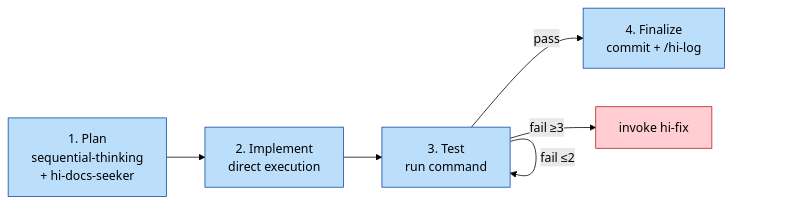
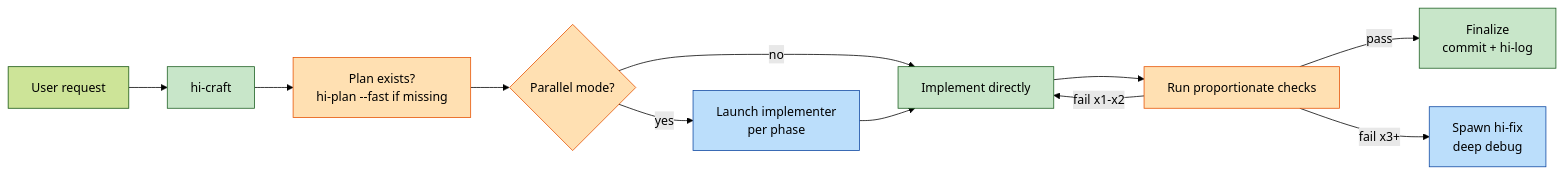
One commit to baka3k/dev-kit changed the first of 10 diagrams in devkit.md. Above: the diagram before and after it, drawn with Mermaid (forest theme). The commit also changed other lines of this file and 87 other files, not shown here.

````diff
--- a/devkit.md
+++ b/devkit.md
@@ -42,14 +87,20 @@
 ```mermaid
 graph LR
-    A[1. Plan<br/>sequential-thinking<br/>+ hi-docs-seeker] --> B[2. Implement<br/>direct execution]
-    B --> C[3. Test<br/>run command]
-    C -->|pass| D[4. Finalize<br/>commit + /hi-log]
-    C -->|fail ≤2| C
-    C -->|fail ≥3| E[invoke hi-fix]
+    A["User request"] --> B["hi-craft"]
+    B --> C["Plan exists?<br/>hi-plan --fast if missing"]
+    C --> D{"Parallel mode?"}
+    D -->|no| E["Implement directly"]
+    D -->|yes| P["Launch implementer<br/>per phase"]
+    P --> E
+    E --> F["Run proportionate checks"]
+    F -->|pass| G["Finalize<br/>commit + hi-log"]
+    F -->|fail x1-x2| E
+    F -->|fail x3+| H["Spawn hi-fix<br/>deep debug"]
 
-    classDef step fill:#bbdefb,stroke:#0d47a1,color:#000
-    classDef fail fill:#ffcdd2,stroke:#b71c1c,color:#000
-    class A,B,C,D step
-    class E fail
-
+    classDef primary fill:#c8e6c9,stroke:#1b5e20,color:#000
+    classDef delegated fill:#bbdefb,stroke:#0d47a1,color:#000
+    classDef gate fill:#ffe0b2,stroke:#e65100,color:#000
+    class B,E,G primary
+    class P,H delegated
+    class C,D,F gate
 ```
````
